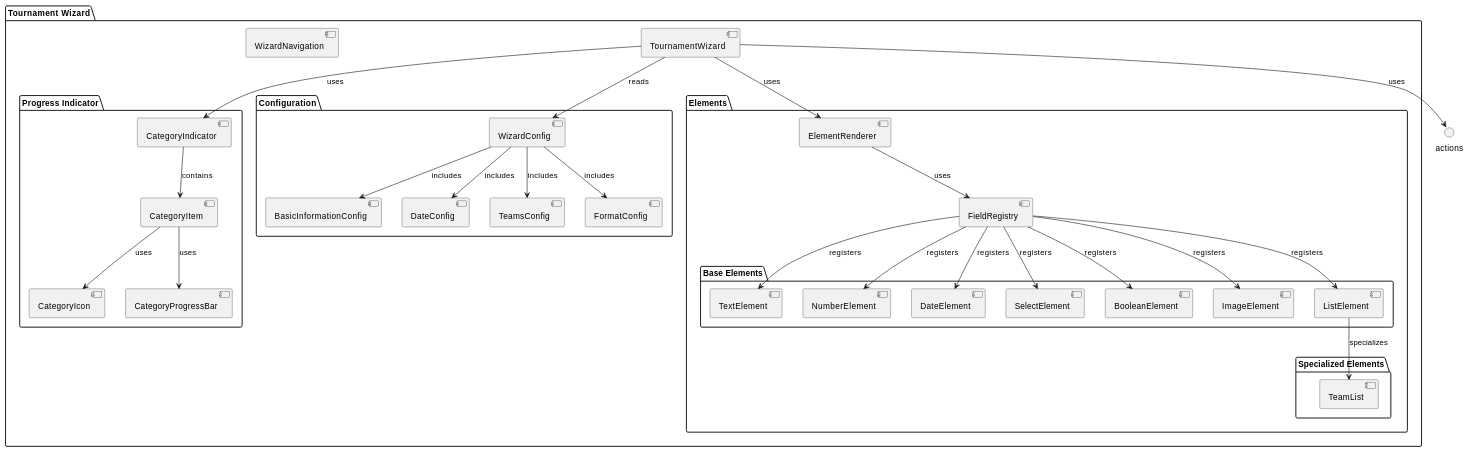
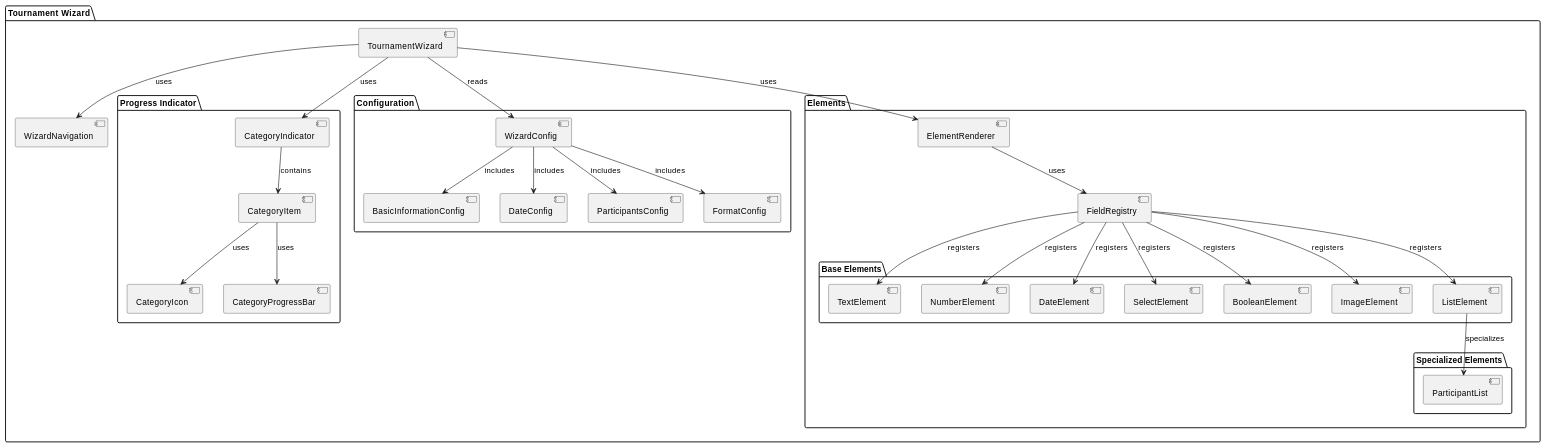
The first of 2 diagrams in src/tournament-init/readme.md (TobiWeiss/cupmaster), drawn with PlantUML before and after one commit. The commit also changed other lines of this file and 35 other files, not shown here.

````diff
--- a/src/tournament-init/readme.md
+++ b/src/tournament-init/readme.md
@@ -12,68 +12,68 @@
 ```plantuml
 @startuml
 
 package "Tournament Wizard" {
   [TournamentWizard] as wizard
   [WizardNavigation] as navigation
   
   package "Progress Indicator" {
     [CategoryIndicator] as categoryIndicator
     [CategoryItem] as item
     [CategoryIcon] as icon
     [CategoryProgressBar] as progress
   }
 
   package "Configuration" {
     [WizardConfig] as config
     [BasicInformationConfig] as basicConfig
     [DateConfig] as dateConfig
-    [TeamsConfig] as teamsConfig
+    [ParticipantsConfig] as participantsConfig
     [FormatConfig] as formatConfig
   }
 
   package "Elements" {
     [ElementRenderer] as renderer
     [FieldRegistry] as registry
     
     package "Base Elements" {
       [TextElement] as text
       [NumberElement] as number
       [DateElement] as date
       [SelectElement] as select
       [BooleanElement] as bool
       [ImageElement] as image
       [ListElement] as list
     }
     
     package "Specialized Elements" {
-      [TeamList] as teamList
+      [ParticipantList] as participantList
     }
   }
 }
 
 wizard --> renderer : uses
-wizard --> actions : uses
+wizard --> navigation : uses
 wizard --> categoryIndicator : uses
 categoryIndicator --> item : contains
 item --> icon : uses
 item --> progress : uses
 
 renderer --> registry : uses
 registry --> text : registers
 registry --> number : registers
 registry --> date : registers
 registry --> select : registers
 registry --> bool : registers
 registry --> image : registers
 registry --> list : registers
-list --> teamList : specializes
+list --> participantList : specializes
 
 config --> basicConfig : includes
 config --> dateConfig : includes
-config --> teamsConfig : includes
+config --> participantsConfig : includes
 config --> formatConfig : includes
 
 wizard --> config : reads
 
 @enduml
 ```
````
